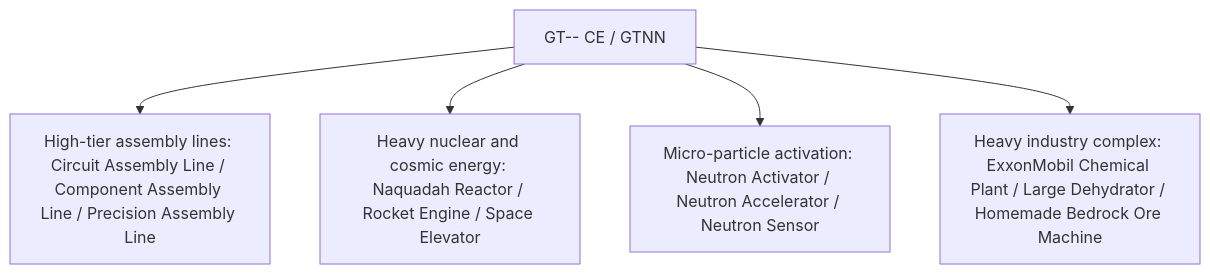
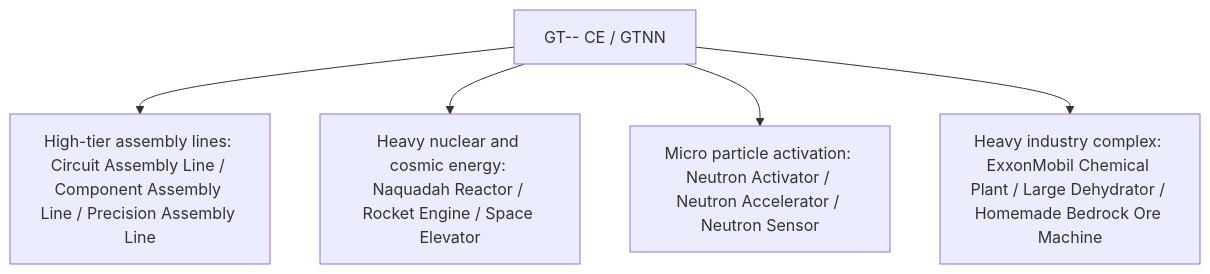
Before and after one commit to takanashisatou/GregtechEasy: the diagram in docs/en/gt-minus-minus/index.md, drawn with Mermaid. The commit also changed other lines of this file and 144 other files, not shown here.

````diff
--- a/docs/en/gt-minus-minus/index.md
+++ b/docs/en/gt-minus-minus/index.md
@@ -12,7 +12,7 @@
 ```mermaid
 graph TD
     A[GT-- CE / GTNN] --> B[High-tier assembly lines: Circuit Assembly Line / Component Assembly Line / Precision Assembly Line]
     A --> C[Heavy nuclear and cosmic energy: Naquadah Reactor / Rocket Engine / Space Elevator]
-    A --> D[Micro-particle activation: Neutron Activator / Neutron Accelerator / Neutron Sensor]
+    A --> D[Micro particle activation: Neutron Activator / Neutron Accelerator / Neutron Sensor]
     A --> E[Heavy industry complex: ExxonMobil Chemical Plant / Large Dehydrator / Homemade Bedrock Ore Machine]
 ```
````
